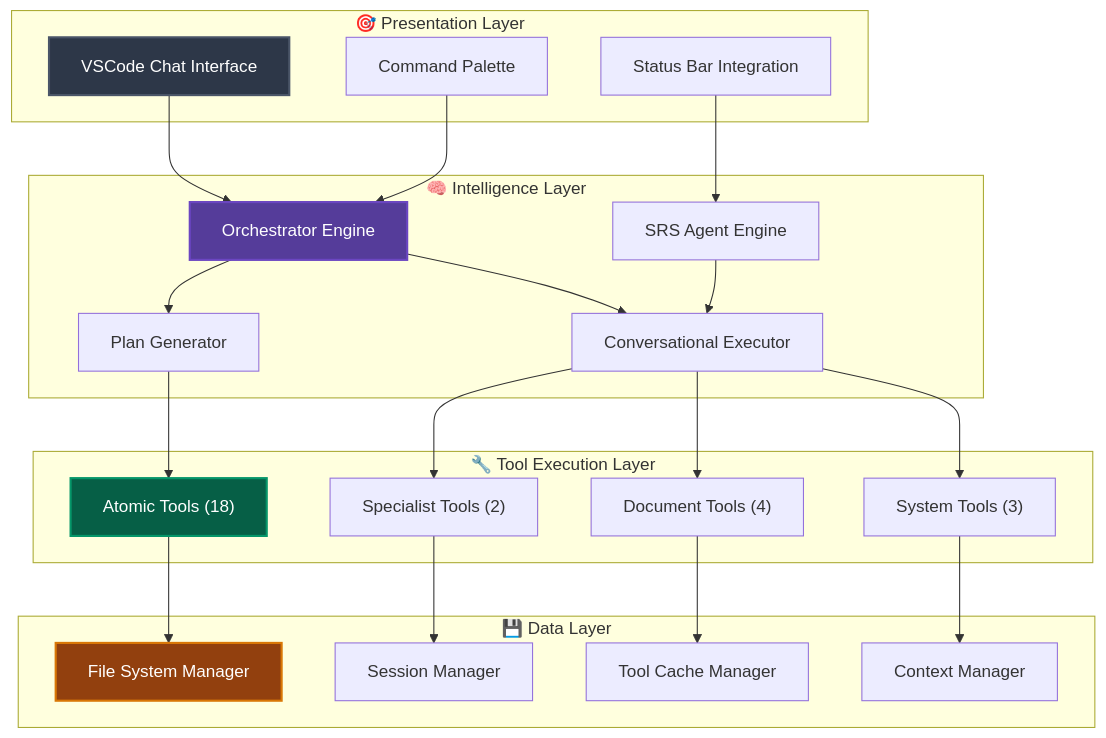
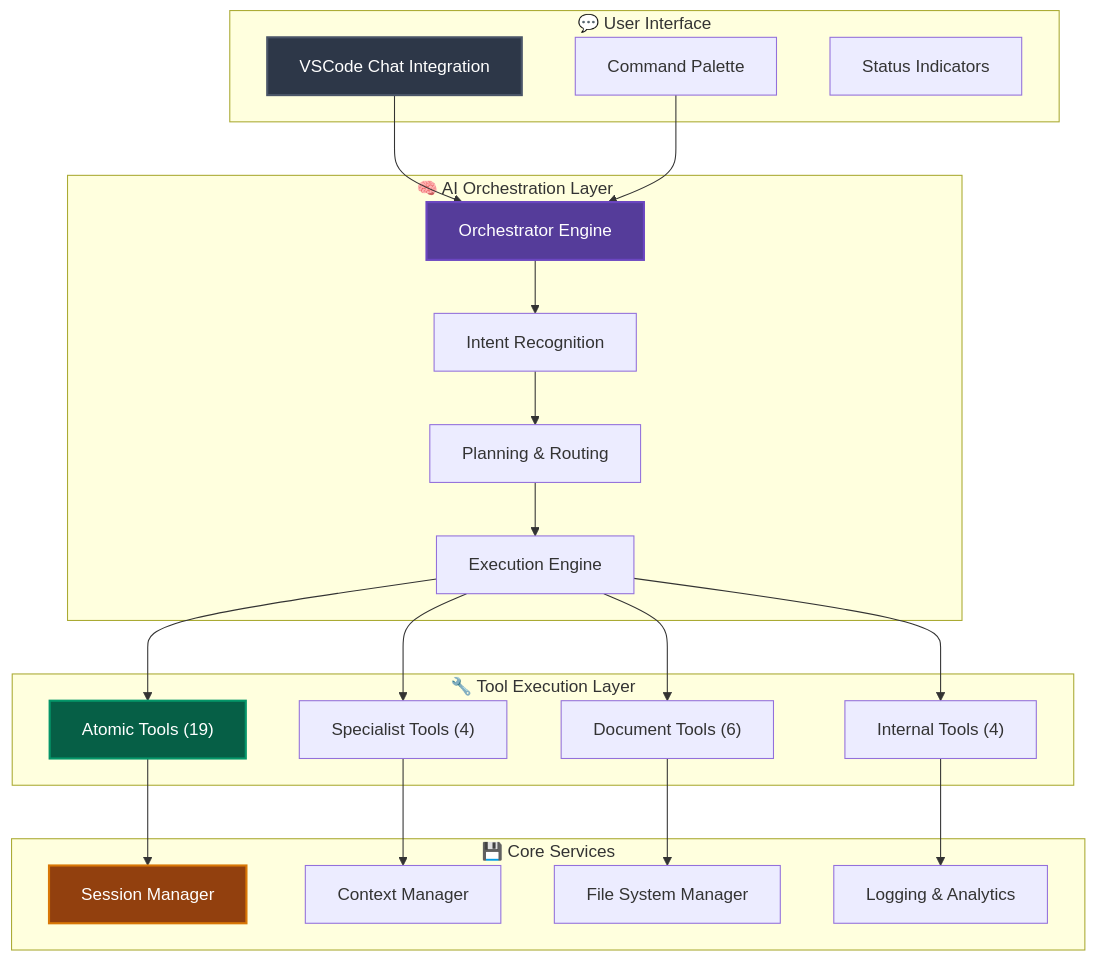
One commit to TestAny-io/srs-writer-plugin changed the diagram in README.md. Above: the diagram before and after it, drawn with Mermaid. The commit also changed other lines of this file and 9 other files, not shown here.

````diff
--- a/README.md
+++ b/README.md
@@ -111,52 +142,51 @@
 ```mermaid
 flowchart TB
-    subgraph "🎯 Presentation Layer"
-        UI["VSCode Chat Interface"]
+    subgraph "💬 User Interface"
+        CHAT["VSCode Chat Integration"]
         CMD["Command Palette"]
-        STATUS["Status Bar Integration"]
+        STATUS["Status Indicators"]
     end
     
-    subgraph "🧠 Intelligence Layer"
+    subgraph "🧠 AI Orchestration Layer"
         ORCH["Orchestrator Engine"]
-        AGENT["SRS Agent Engine"] 
-        PLAN["Plan Generator"]
-        EXEC["Conversational Executor"]
+        INTENT["Intent Recognition"]
+        PLAN["Planning & Routing"]
+        EXEC["Execution Engine"]
     end
     
     subgraph "🔧 Tool Execution Layer"
-        ATOM["Atomic Tools (18)"]
-        SPEC["Specialist Tools (2)"]
-        DOC["Document Tools (4)"]
-        SYS["System Tools (3)"]
+        ATOMIC["Atomic Tools (19)"]
+        SPECIALIST["Specialist Tools (4)"]
+        DOCUMENT["Document Tools (6)"]
+        INTERNAL["Internal Tools (4)"]
     end
     
-    subgraph "💾 Data Layer"
-        FS["File System Manager"]
-        SESS["Session Manager"]
-        CACHE["Tool Cache Manager"]
+    subgraph "💾 Core Services"
+        SESSION["Session Manager"]
         CONTEXT["Context Manager"]
+        FILESYSTEM["File System Manager"]
+        LOGGER["Logging & Analytics"]
     end
     
-    UI --> ORCH
+    CHAT --> ORCH
     CMD --> ORCH
-    STATUS --> AGENT
     
-    ORCH --> PLAN
-    ORCH --> EXEC
-    AGENT --> EXEC
+    ORCH --> INTENT
+    INTENT --> PLAN
+    PLAN --> EXEC
     
-    PLAN --> ATOM
-    EXEC --> SPEC
-    EXEC --> DOC
-    EXEC --> SYS
+    EXEC --> ATOMIC
+    EXEC --> SPECIALIST
+    EXEC --> DOCUMENT
+    EXEC --> INTERNAL
     
-    ATOM --> FS
-    SPEC --> SESS
-    DOC --> CACHE
-    SYS --> CONTEXT
+    ATOMIC --> SESSION
+    SPECIALIST --> CONTEXT
+    DOCUMENT --> FILESYSTEM
+    INTERNAL --> LOGGER
     
-    style UI fill:#2d3748,stroke:#4a5568,stroke-width:2px,color:#ffffff
+    style CHAT fill:#2d3748,stroke:#4a5568,stroke-width:2px,color:#ffffff
     style ORCH fill:#553c9a,stroke:#6b46c1,stroke-width:2px,color:#ffffff
-    style ATOM fill:#065f46,stroke:#059669,stroke-width:2px,color:#ffffff
-    style FS fill:#92400e,stroke:#d97706,stroke-width:2px,color:#ffffff
+    style ATOMIC fill:#065f46,stroke:#059669,stroke-width:2px,color:#ffffff
+    style SESSION fill:#92400e,stroke:#d97706,stroke-width:2px,color:#ffffff
 ```
````
